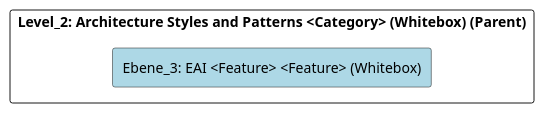
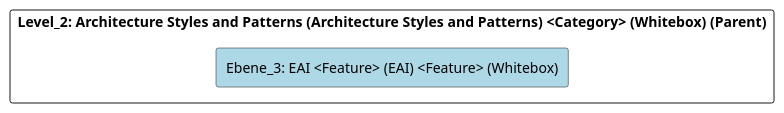
Before and after one commit to marcozwyssig/cleon: the diagram in doc/cleonproject_deliverables_architecture_model_architecture/adoc/de/05_bausteinsicht/cleon/architecture_styles_and_patterns/eai/ebene_3_eai.adoc, drawn with PlantUML. The commit also changed other lines of this file and 166 other files, not shown here.

```diff
--- a/doc/cleonproject_deliverables_architecture_model_architecture/adoc/de/05_bausteinsicht/cleon/architecture_styles_and_patterns/eai/ebene_3_eai.adoc
+++ b/doc/cleonproject_deliverables_architecture_model_architecture/adoc/de/05_bausteinsicht/cleon/architecture_styles_and_patterns/eai/ebene_3_eai.adoc
@@ -20,24 +20,24 @@
-[plantuml, Ebene_3: EAI <Feature> <Feature> (Whitebox)BlockOverview, format="svg"]
+[plantuml, Ebene_3: EAI <Feature> (EAI) <Feature> (Whitebox)BlockOverview, format="svg"]
 ----
-@startuml Ebene_3: EAI <Feature> <Feature> (Whitebox)BuildingBlockOverview
+@startuml Ebene_3: EAI <Feature> (EAI) <Feature> (Whitebox)BuildingBlockOverview
 
 skinparam ranksep 10
 skinparam componentStyle rectangle
 skinparam shadowing false
 skinparam arrowColor lightblue
 skinparam arrowThickness 1.2
 skinparam rectangle {
   BackgroundColor White
   BorderColor #333
   RoundCorner 10
 }
 top to bottom direction
 
-component "Level_2: Architecture Styles and Patterns <Category> (Whitebox) (Parent)" {
-    component "Ebene_3: EAI <Feature> <Feature> (Whitebox)" #lightblue {
+component "Level_2: Architecture Styles and Patterns (Architecture Styles and Patterns) <Category> (Whitebox) (Parent)" {
+    component "Ebene_3: EAI <Feature> (EAI) <Feature> (Whitebox)" #lightblue {
     }
 
 }
 
 @enduml
 ----
```
